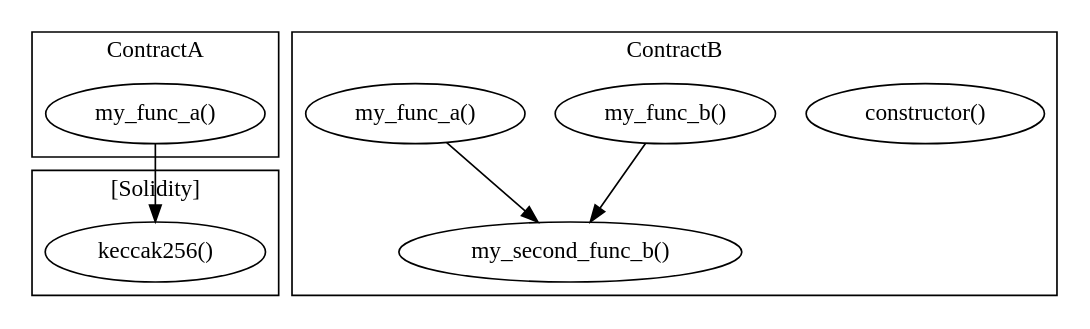
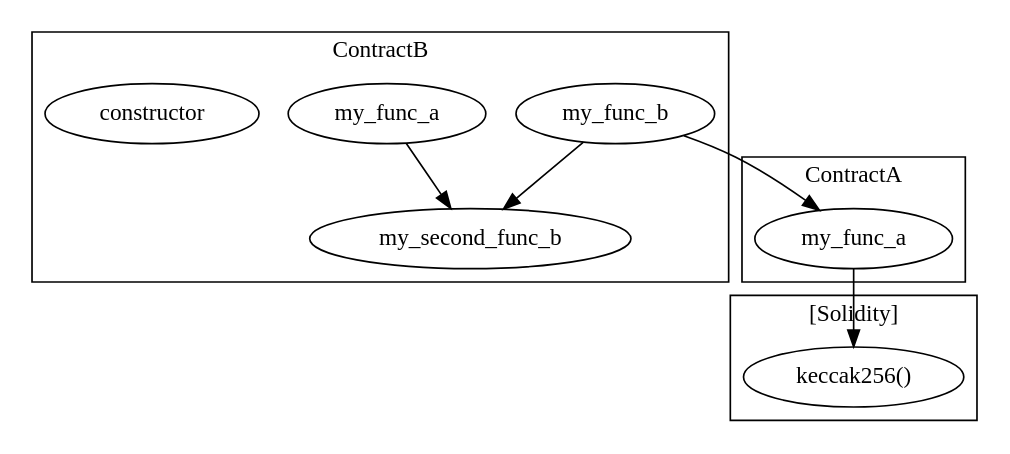
One commit to crytic/slither changed the diagram in examples/printers/call_graph.sol.dot. Above: the diagram before and after it, drawn with Graphviz. The commit also changed 3 other files, not shown here.

```diff
--- a/examples/printers/call_graph.sol.dot
+++ b/examples/printers/call_graph.sol.dot
@@ -1,20 +1,21 @@
-digraph {
-subgraph "cluster_9_ContractA" {
+strict digraph {
+subgraph cluster_9_ContractA {
 label = "ContractA"
-"9_my_func_a()" [label="my_func_a()"]
+"9_my_func_a" [label="my_func_a"]
 }
-subgraph "cluster_45_ContractB" {
+subgraph cluster_45_ContractB {
 label = "ContractB"
-"45_constructor()" [label="constructor()"]
-"45_my_func_b()" [label="my_func_b()"]
-"45_my_func_b()" -> "45_my_second_func_b()"
-"45_my_func_a()" [label="my_func_a()"]
-"45_my_func_a()" -> "45_my_second_func_b()"
-"45_my_second_func_b()" [label="my_second_func_b()"]
+"45_my_func_a" [label="my_func_a"]
+"45_my_second_func_b" [label="my_second_func_b"]
+"45_my_func_b" [label="my_func_b"]
+"45_constructor" [label="constructor"]
+"45_my_func_b" -> "45_my_second_func_b"
+"45_my_func_a" -> "45_my_second_func_b"
 }
 subgraph cluster_solidity {
 label = "[Solidity]"
-"keccak256()"
+"keccak256()" 
+"9_my_func_a" -> "keccak256()"
 }
-"9_my_func_a()" -> "keccak256()"
+"45_my_func_b" -> "9_my_func_a"
 }
```
